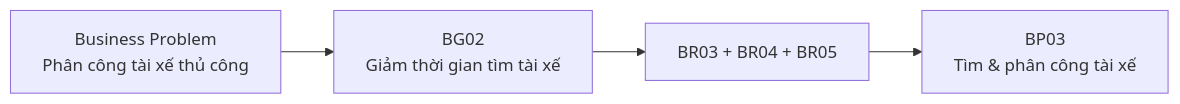
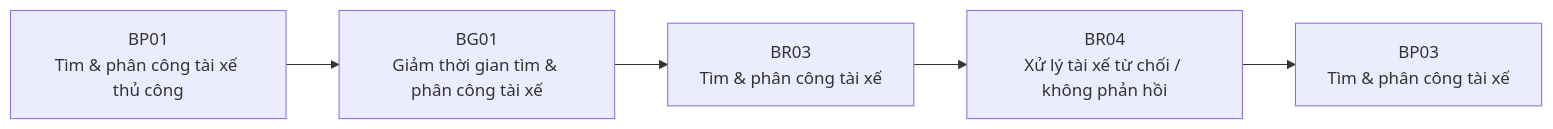
Before and after one commit to Vy161105/23682161_NguyenNgocYenVy_cabsystem: the sixth of 10 diagrams in srs.md, drawn with Mermaid. The commit also changed other lines of this file, not shown here.

````diff
--- a/srs.md
+++ b/srs.md
@@ -255,7 +364,8 @@
 ```mermaid
 flowchart LR
-    A[Business Problem<br/>Phân công tài xế thủ công]
-    --> B[BG02<br/>Giảm thời gian tìm tài xế]
-    --> C[BR03 + BR04 + BR05]
-    --> D[BP03<br/>Tìm & phân công tài xế]
+    A["BP01<br/>Tìm & phân công tài xế thủ công"]
+    --> B["BG01<br/>Giảm thời gian tìm & phân công tài xế"]
+    --> C["BR03<br/>Tìm & phân công tài xế"]
+    --> D["BR04<br/>Xử lý tài xế từ chối / không phản hồi"]
+    --> E["BP03<br/>Tìm & phân công tài xế"]
 ```
````
